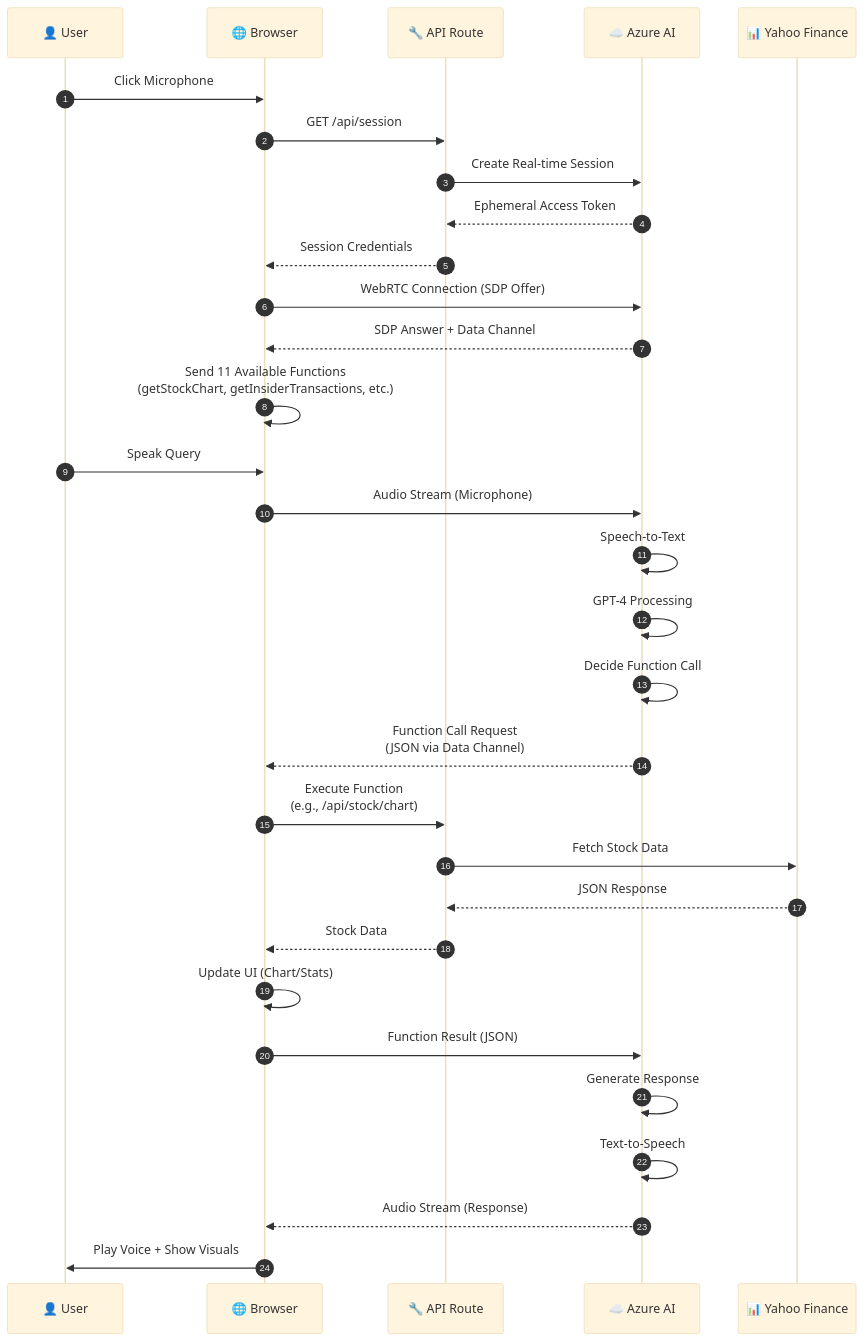
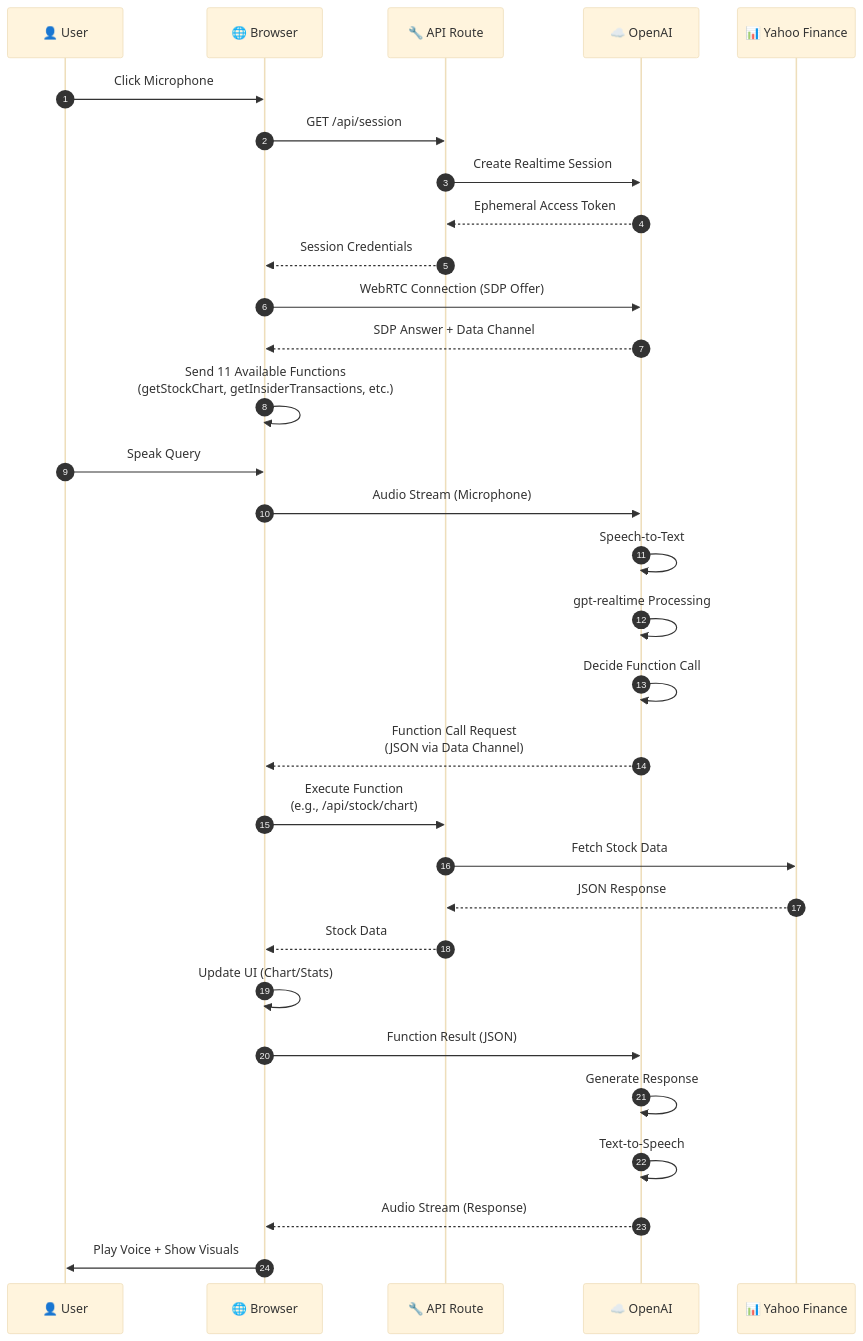
Before and after one commit to KabeerThockchom/portfolio-ai-nxt: the second of 4 diagrams in README.md, drawn with Mermaid (base theme). The commit also changed other lines of this file and 5 other files, not shown here.

````diff
--- a/README.md
+++ b/README.md
@@ -205,42 +205,42 @@
 ```mermaid
 sequenceDiagram
     autonumber
     participant 👤 User
     participant 🌐 Browser
     participant 🔧 API Route
-    participant ☁️ Azure AI
+    participant ☁️ OpenAI
 
     👤 User->>🌐 Browser: Click Microphone
     🌐 Browser->>🔧 API Route: GET /api/session
-    🔧 API Route->>☁️ Azure AI: Create Real-time Session
-    ☁️ Azure AI-->>🔧 API Route: Ephemeral Access Token
+    🔧 API Route->>☁️ OpenAI: Create Realtime Session
+    ☁️ OpenAI-->>🔧 API Route: Ephemeral Access Token
     🔧 API Route-->>🌐 Browser: Session Credentials
 
-    🌐 Browser->>☁️ Azure AI: WebRTC Connection (SDP Offer)
-    ☁️ Azure AI-->>🌐 Browser: SDP Answer + Data Channel
+    🌐 Browser->>☁️ OpenAI: WebRTC Connection (SDP Offer)
+    ☁️ OpenAI-->>🌐 Browser: SDP Answer + Data Channel
 
     🌐 Browser->>🌐 Browser: Send 11 Available Functions<br/>(getStockChart, getInsiderTransactions, etc.)
 
     👤 User->>🌐 Browser: Speak Query
-    🌐 Browser->>☁️ Azure AI: Audio Stream (Microphone)
+    🌐 Browser->>☁️ OpenAI: Audio Stream (Microphone)
 
-    ☁️ Azure AI->>☁️ Azure AI: Speech-to-Text
-    ☁️ Azure AI->>☁️ Azure AI: GPT-4 Processing
-    ☁️ Azure AI->>☁️ Azure AI: Decide Function Call
+    ☁️ OpenAI->>☁️ OpenAI: Speech-to-Text
+    ☁️ OpenAI->>☁️ OpenAI: gpt-realtime Processing
+    ☁️ OpenAI->>☁️ OpenAI: Decide Function Call
 
-    ☁️ Azure AI-->>🌐 Browser: Function Call Request<br/>(JSON via Data Channel)
+    ☁️ OpenAI-->>🌐 Browser: Function Call Request<br/>(JSON via Data Channel)
 
     🌐 Browser->>🔧 API Route: Execute Function<br/>(e.g., /api/stock/chart)
     🔧 API Route->>📊 Yahoo Finance: Fetch Stock Data
     📊 Yahoo Finance-->>🔧 API Route: JSON Response
     🔧 API Route-->>🌐 Browser: Stock Data
 
     🌐 Browser->>🌐 Browser: Update UI (Chart/Stats)
-    🌐 Browser->>☁️ Azure AI: Function Result (JSON)
+    🌐 Browser->>☁️ OpenAI: Function Result (JSON)
 
-    ☁️ Azure AI->>☁️ Azure AI: Generate Response
-    ☁️ Azure AI->>☁️ Azure AI: Text-to-Speech
-    ☁️ Azure AI-->>🌐 Browser: Audio Stream (Response)
+    ☁️ OpenAI->>☁️ OpenAI: Generate Response
+    ☁️ OpenAI->>☁️ OpenAI: Text-to-Speech
+    ☁️ OpenAI-->>🌐 Browser: Audio Stream (Response)
 
     🌐 Browser->>👤 User: Play Voice + Show Visuals
 ```
````
